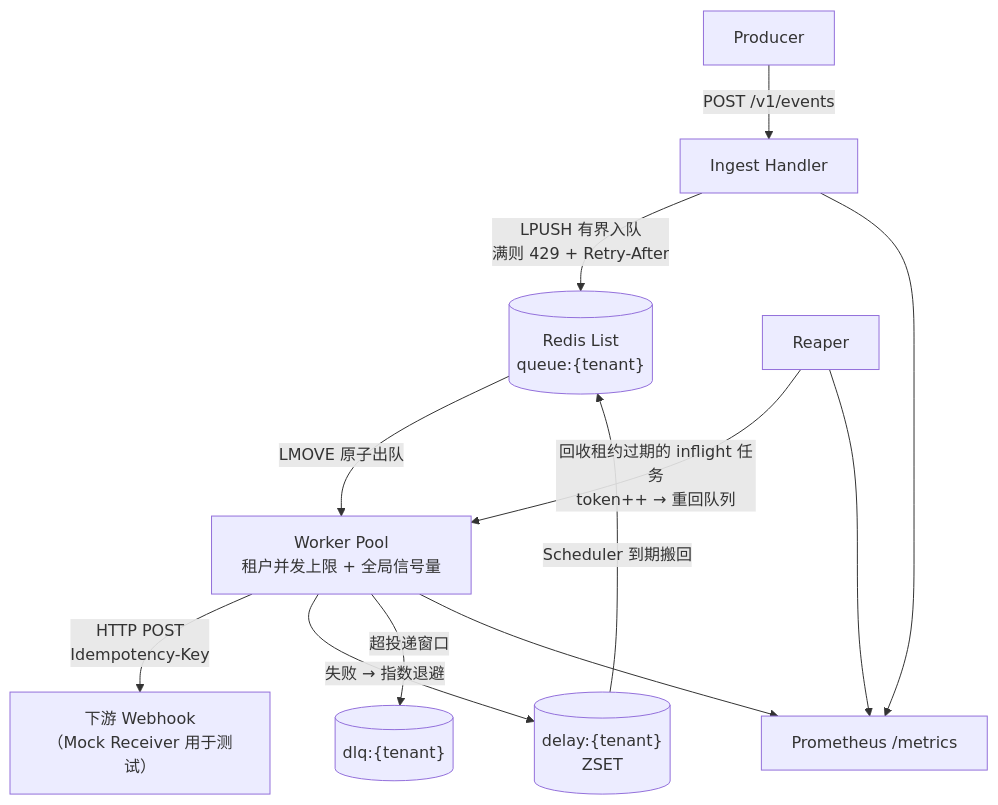
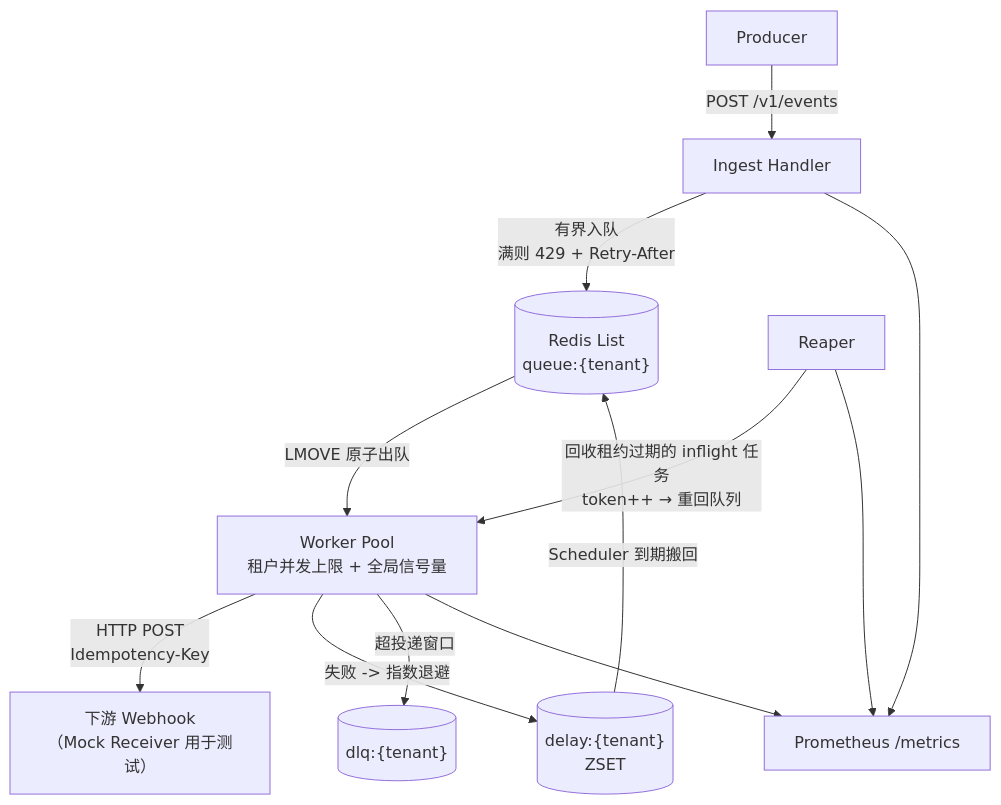
One commit to zjplgwxhn/tenant-webhook-relay changed the diagram in README.md. Above: the diagram before and after it, drawn with Mermaid.

Commit message:
docs: fix mermaid parsing by wrapping text in quotes

````diff
--- a/README.md
+++ b/README.md
@@ -7,17 +7,17 @@
 ```mermaid
 flowchart TB
     P[Producer] -->|"POST /v1/events"| I[Ingest Handler]
-    I -->|"LPUSH 有界入队<br/>满则 429 + Retry-After"| Q[("Redis List<br/>queue:{tenant}")]
+    I -->|"有界入队<br/>满则 429 + Retry-After"| Q[("Redis List<br/>queue:{tenant}")]
     Q -->|"LMOVE 原子出队"| W["Worker Pool<br/>租户并发上限 + 全局信号量"]
     W -->|"HTTP POST<br/>Idempotency-Key"| D["下游 Webhook<br/>（Mock Receiver 用于测试）"]
 
-    W -->|"失败 → 指数退避"| Z[("delay:{tenant}<br/>ZSET")]
+    W -->|"失败 -> 指数退避"| Z[("delay:{tenant}<br/>ZSET")]
     Z -->|"Scheduler 到期搬回"| Q
     W -->|"超投递窗口"| DLQ[("dlq:{tenant}")]
 
     R[Reaper] -->|"回收租约过期的 inflight 任务<br/>token++ → 重回队列"| W
 
     I --> M[Prometheus /metrics]
     W --> M
     R --> M
 ```
````
